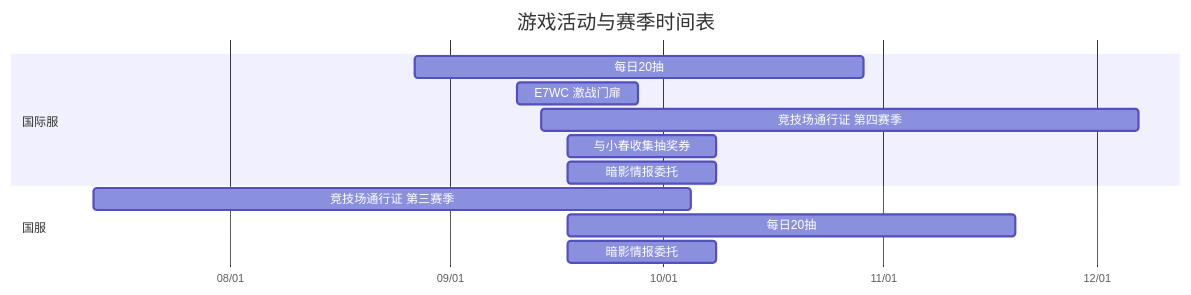
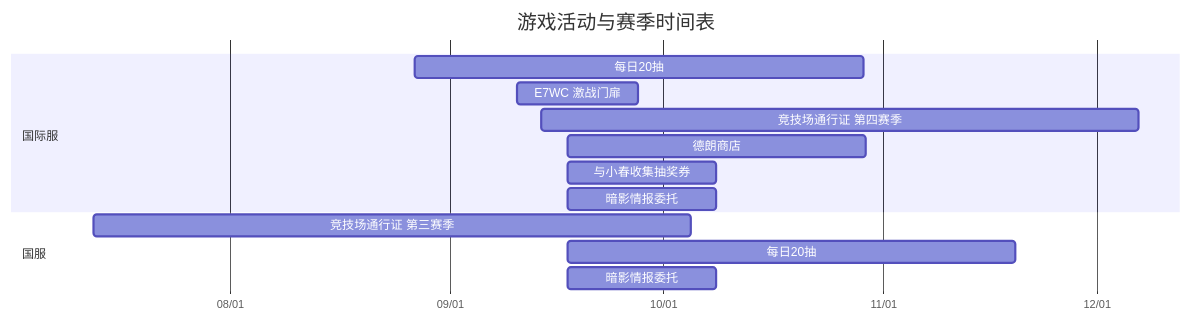
Before and after one commit to Rea1-ms/AutoEpicSeven: the diagram in tasks/activity/calendar.md, drawn with Mermaid. The commit also changed other lines of this file and 3 other files, not shown here.

Commit message:
Upd: add Huche shop schedule and maintenance notes

````diff
--- a/tasks/activity/calendar.md
+++ b/tasks/activity/calendar.md
@@ -3,16 +3,17 @@
 ```mermaid
 gantt
     title 游戏活动与赛季时间表
     dateFormat YYYY-MM-DD HH:mm
     axisFormat %m/%d
     section 国际服
     每日20抽 :OVERSEA_free_gacha_20_2026_08_27, 2026-08-27 02:00, 2026-10-29 02:00
     E7WC 激战门扉 :OVERSEA_e7wc_battle_gate_2026_09_10, 2026-09-10 11:00, 2026-09-27 11:00
     竞技场通行证 第四赛季 :OVERSEA_arena_pass_oversea_2026_season_4, 2026-09-13 20:00, 2026-12-06 20:00
+    德朗商店 :OVERSEA_huche_shop_2026_09_17, 2026-09-17 11:00, 2026-10-29 11:00
     与小春收集抽奖券 :OVERSEA_koharu_raffle_2026_09_17, 2026-09-17 11:00, 2026-10-08 11:00
     暗影情报委托 :OVERSEA_shadow_commission_2026_09_17, 2026-09-17 11:00, 2026-10-08 11:00
     section 国服
     竞技场通行证 第三赛季 :CN_arena_pass_cn_2026_season_3, 2026-07-12 20:00, 2026-10-04 20:00
     每日20抽 :CN_free_gacha_20_2026_08_27, 2026-09-17 11:00, 2026-11-19 11:00
     暗影情报委托 :CN_shadow_commission_2026_09_17, 2026-09-17 11:00, 2026-10-08 11:00
 ```
````
